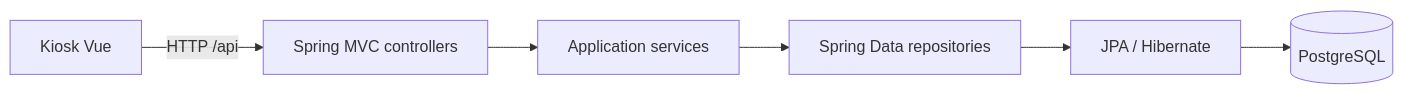
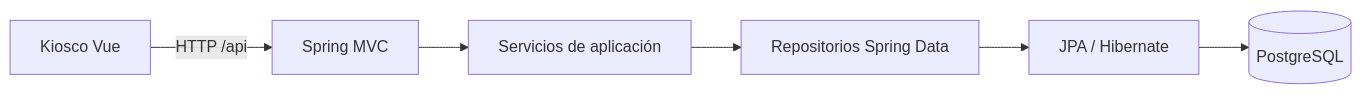
Before and after one commit to jaikostatham/lockerops-platform: the diagram in README.md, drawn with Mermaid. The commit also changed other lines of this file and 3 other files, not shown here.

````diff
--- a/README.md
+++ b/README.md
@@ -17,8 +18,8 @@
 ```mermaid
 flowchart LR
-  K[Kiosk Vue] -->|HTTP /api| C[Spring MVC controllers]
-  C --> S[Application services]
-  S --> R[Spring Data repositories]
+  K[Kiosco Vue] -->|HTTP /api| C[Spring MVC]
+  C --> S[Servicios de aplicación]
+  S --> R[Repositorios Spring Data]
   R --> J[JPA / Hibernate]
   J --> P[(PostgreSQL)]
 ```
````
